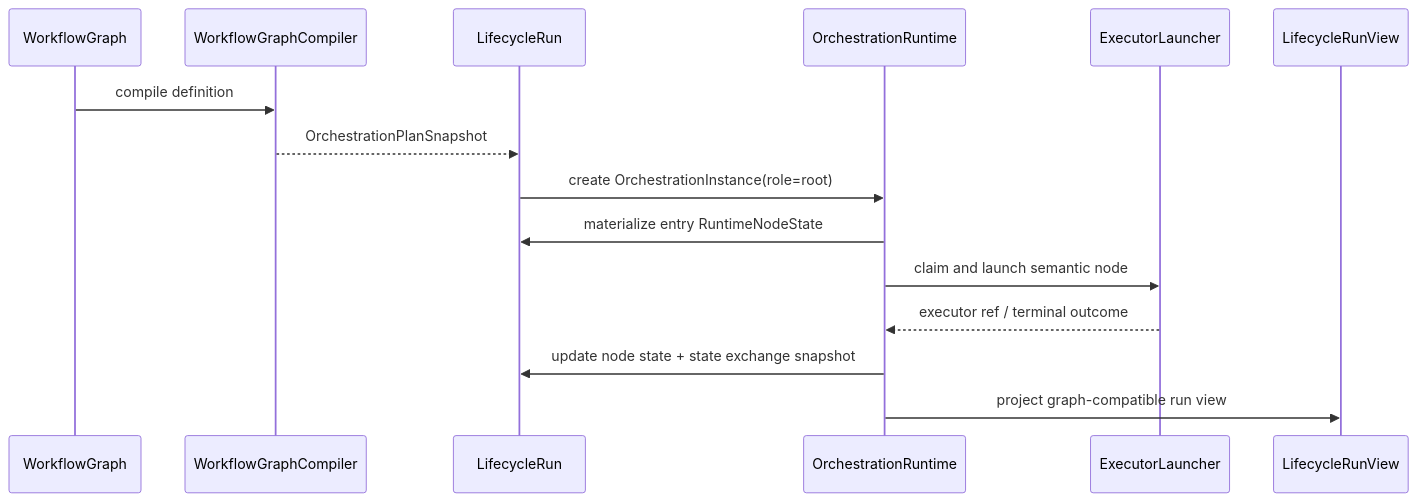
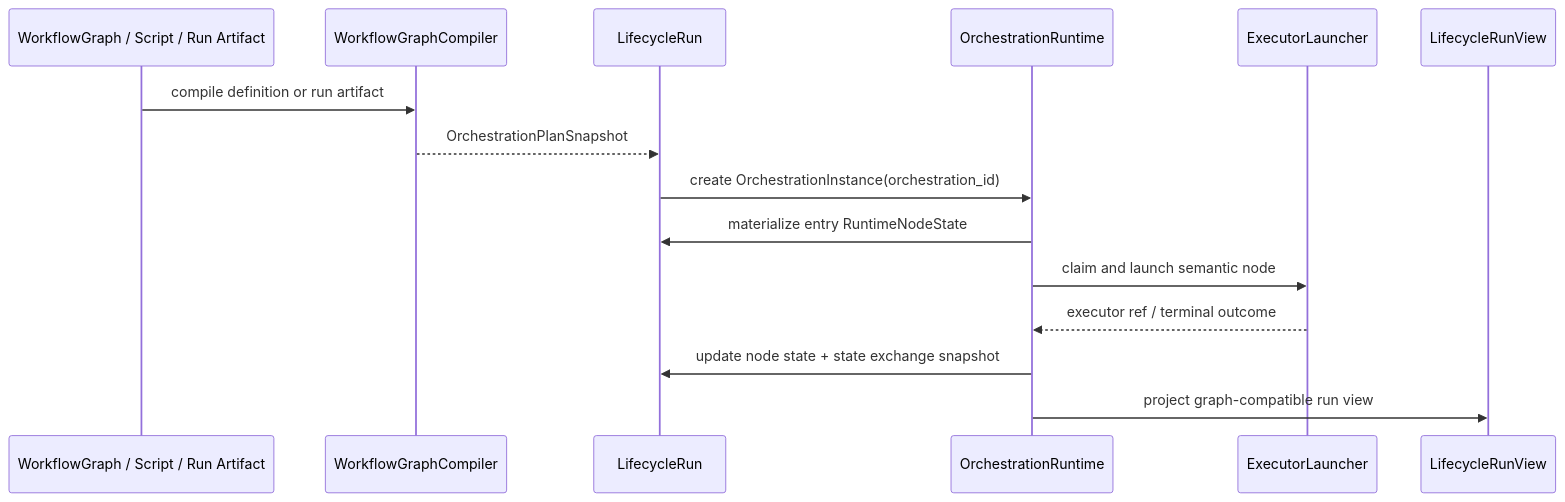
One commit to syan2018/AgentDash changed the diagram in .trellis/tasks/06-06-common-orchestration-runtime-static-graph/design.md. Above: the diagram before and after it, drawn with Mermaid. The commit also changed other lines of this file and 7 other files, not shown here.

First line of the commit message:
docs(lifecycle): 收敛 Orchestration Runtime 唯一路径

````diff
--- a/.trellis/tasks/06-06-common-orchestration-runtime-static-graph/design.md
+++ b/.trellis/tasks/06-06-common-orchestration-runtime-static-graph/design.md
@@ -21,18 +21,18 @@
 ```mermaid
 sequenceDiagram
-    participant Graph as WorkflowGraph
+    participant Asset as WorkflowGraph / Script / Run Artifact
     participant Compiler as WorkflowGraphCompiler
     participant Run as LifecycleRun
     participant Runtime as OrchestrationRuntime
     participant Exec as ExecutorLauncher
     participant View as LifecycleRunView
 
-    Graph->>Compiler: compile definition
+    Asset->>Compiler: compile definition or run artifact
     Compiler-->>Run: OrchestrationPlanSnapshot
-    Run->>Runtime: create OrchestrationInstance(role=root)
+    Run->>Runtime: create OrchestrationInstance(orchestration_id)
     Runtime->>Run: materialize entry RuntimeNodeState
     Runtime->>Exec: claim and launch semantic node
     Exec-->>Runtime: executor ref / terminal outcome
     Runtime->>Run: update node state + state exchange snapshot
     Runtime->>View: project graph-compatible run view
 ```
````
